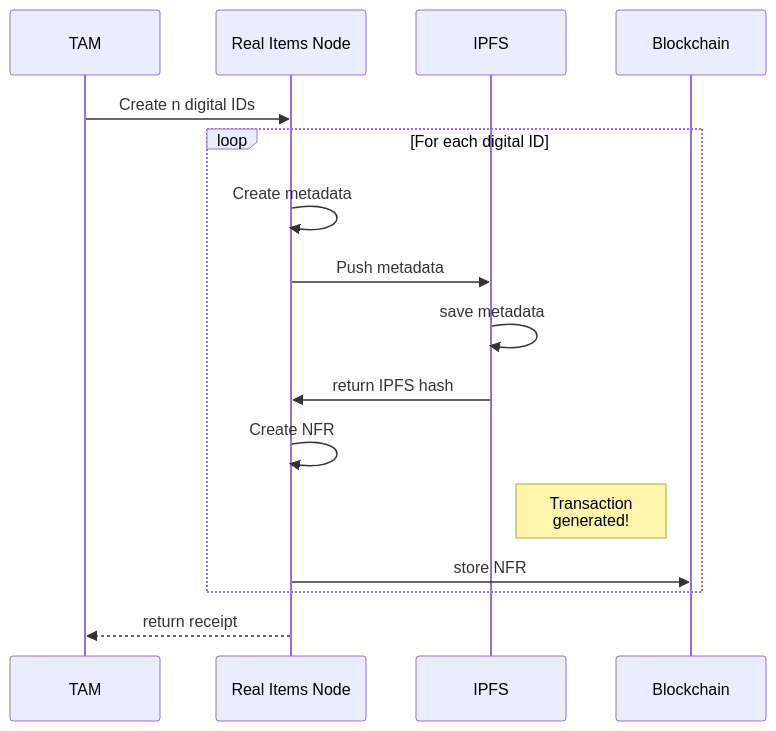
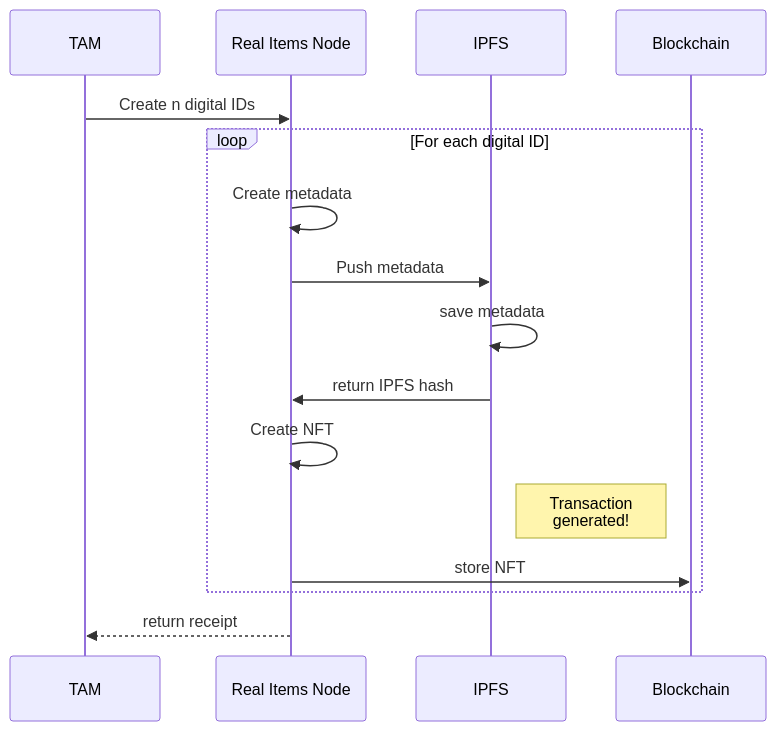
The diagram in _site/pages/tam/create_digids.mmd (realizse/realitemsdocs), drawn with Mermaid before and after one commit. The commit also changed 122 other files, not shown here.

Commit message:
Change NFR to NFT everywhere

```diff
--- a/_site/pages/tam/create_digids.mmd
+++ b/_site/pages/tam/create_digids.mmd
@@ -1,16 +1,16 @@
 sequenceDiagram
     participant TAM 
     participant Real Items Node 
     participant IPFS 
     participant Blockchain 
     TAM->>Real Items Node: Create n digital IDs
     loop For each digital ID 
         Real Items Node->>Real Items Node:  Create metadata 
         Real Items Node->>IPFS: Push metadata 
         IPFS->>IPFS: save metadata
         IPFS->>Real Items Node: return IPFS hash 
-        Real Items Node->>Real Items Node:  Create NFR 
+        Real Items Node->>Real Items Node:  Create NFT 
         Note right of IPFS: Transaction <br/>generated!
-        Real Items Node->>Blockchain: store NFR 
+        Real Items Node->>Blockchain: store NFT 
     end
     Real Items Node-->>TAM: return receipt 
```
